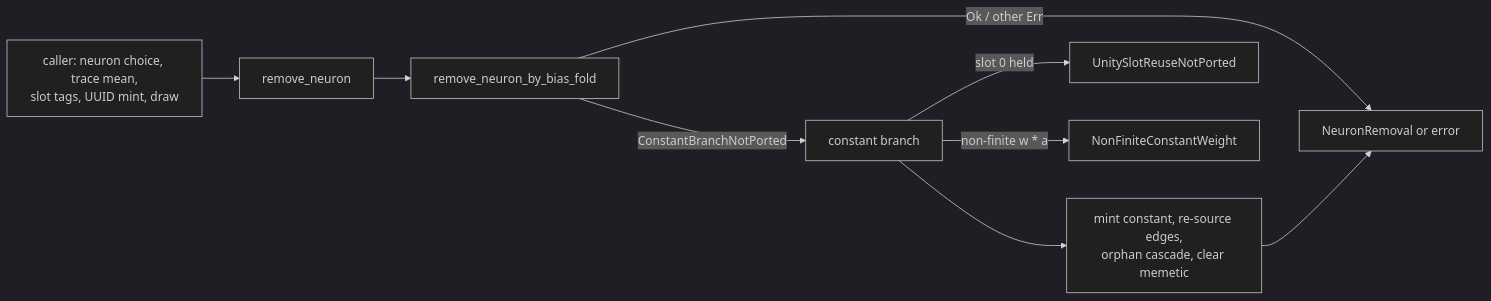
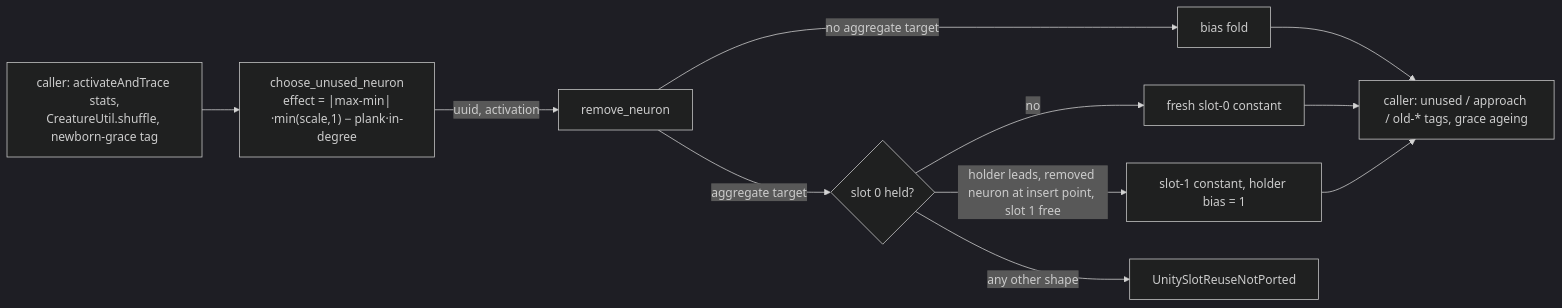
One commit to stSoftwareAU/NEAT-AI-core changed the diagram in docs/archive/pr-summaries/pr-summary-778.md. Above: the diagram before and after it, drawn with Mermaid (dark theme). The commit also changed other lines of this file and 15 other files, not shown here.

````diff
--- a/docs/archive/pr-summaries/pr-summary-778.md
+++ b/docs/archive/pr-summaries/pr-summary-778.md
@@ -76,11 +76,13 @@
 ```mermaid
 flowchart LR
-    C["caller: neuron choice, trace mean,<br/>slot tags, UUID mint, draw"] --> R["remove_neuron"]
-    R --> B["remove_neuron_by_bias_fold"]
-    B -->|"Ok / other Err"| Out["NeuronRemoval or error"]
-    B -->|"ConstantBranchNotPorted"| K["constant branch"]
-    K -->|"slot 0 held"| X["UnitySlotReuseNotPorted"]
-    K -->|"non-finite w * a"| Y["NonFiniteConstantWeight"]
-    K --> M["mint constant, re-source edges,<br/>orphan cascade, clear memetic"]
-    M --> Out
+    T["caller: activateAndTrace stats,<br/>CreatureUtil.shuffle, newborn-grace tag"] --> C["choose_unused_neuron<br/>effect = |max-min|·min(scale,1) − plank·in-degree"]
+    C -->|"uuid, activation"| R["remove_neuron"]
+    R -->|"no aggregate target"| B["bias fold"]
+    R -->|"aggregate target"| K{"slot 0 held?"}
+    K -->|"no"| F["fresh slot-0 constant"]
+    K -->|"holder leads, removed neuron at insert point, slot 1 free"| S["slot-1 constant, holder bias = 1"]
+    K -->|"any other shape"| X["UnitySlotReuseNotPorted"]
+    B --> O["caller: unused / approach / old-* tags, grace ageing"]
+    F --> O
+    S --> O
 ```
````
